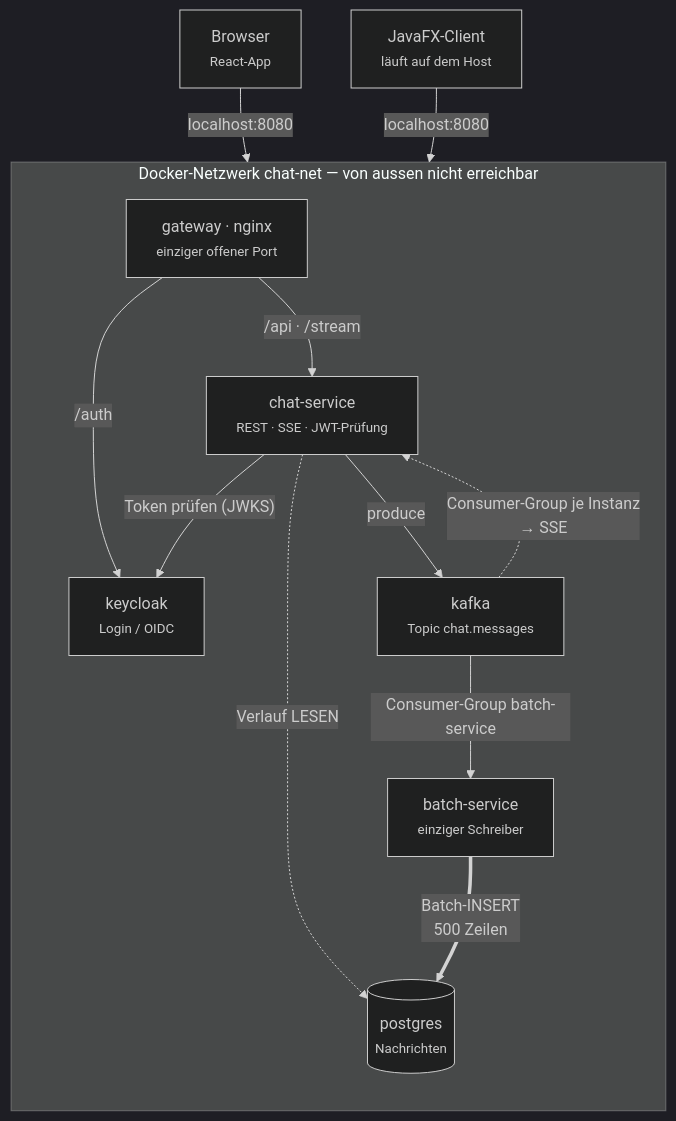
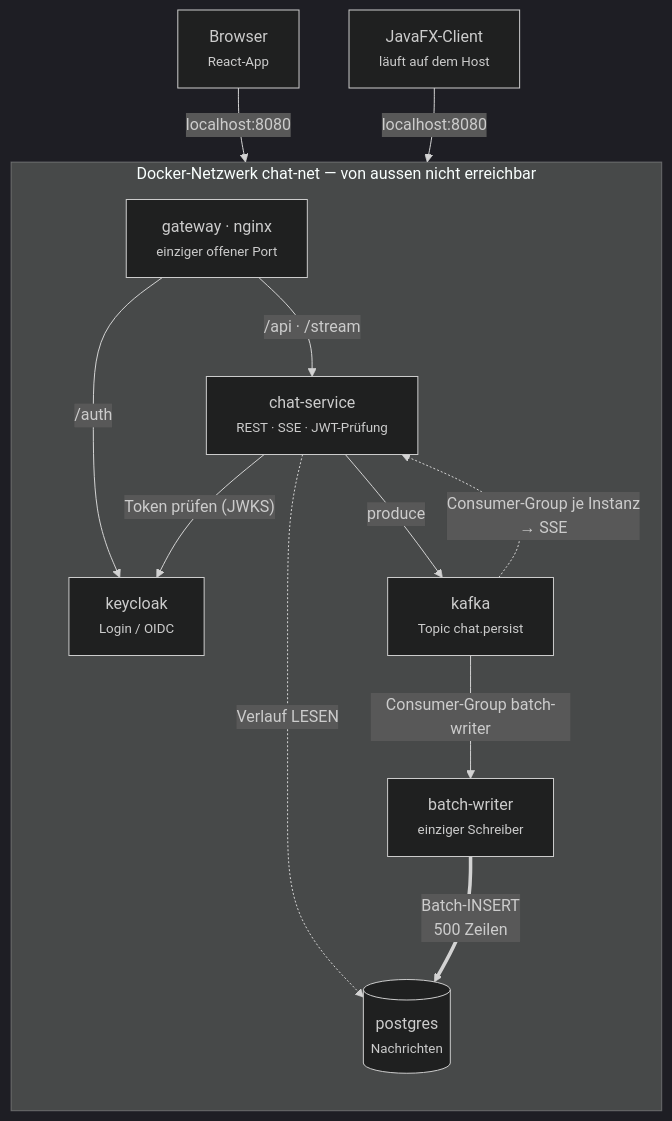
The first of 3 diagrams in PLANUNG.md (BlerjonAsllani/it3b-m321), drawn with Mermaid (dark theme) before and after one commit. The commit also changed other lines of this file, not shown here.

First line of the commit message:
docs: PLANUNG auf chat.persist, chat.dlq und batch-writer nachziehen

````diff
--- a/PLANUNG.md
+++ b/PLANUNG.md
@@ -25,27 +25,27 @@
 ```mermaid
 flowchart TB
   browser["Browser<br/><small>React-App</small>"]
   fx["JavaFX-Client<br/><small>läuft auf dem Host</small>"]
 
   subgraph net["Docker-Netzwerk chat-net — von aussen nicht erreichbar"]
     direction TB
     gw["gateway · nginx<br/><small>einziger offener Port</small>"]
     chat["chat-service<br/><small>REST · SSE · JWT-Prüfung</small>"]
-    batch["batch-service<br/><small>einziger Schreiber</small>"]
+    batch["batch-writer<br/><small>einziger Schreiber</small>"]
     kc["keycloak<br/><small>Login / OIDC</small>"]
-    kafka["kafka<br/><small>Topic chat.messages</small>"]
+    kafka["kafka<br/><small>Topic chat.persist</small>"]
     db[("postgres<br/><small>Nachrichten</small>")]
 
     gw -->|"/api · /stream"| chat
     gw -->|"/auth"| kc
     chat -->|"Token prüfen (JWKS)"| kc
     chat -->|"produce"| kafka
     chat -.->|"Verlauf LESEN"| db
     kafka -.->|"Consumer-Group je Instanz<br/>→ SSE"| chat
-    kafka -->|"Consumer-Group batch-service"| batch
+    kafka -->|"Consumer-Group batch-writer"| batch
     batch ==>|"Batch-INSERT<br/>500 Zeilen"| db
   end
 
   browser -->|"localhost:8080"| gw
   fx -->|"localhost:8080"| gw
 ```
````
